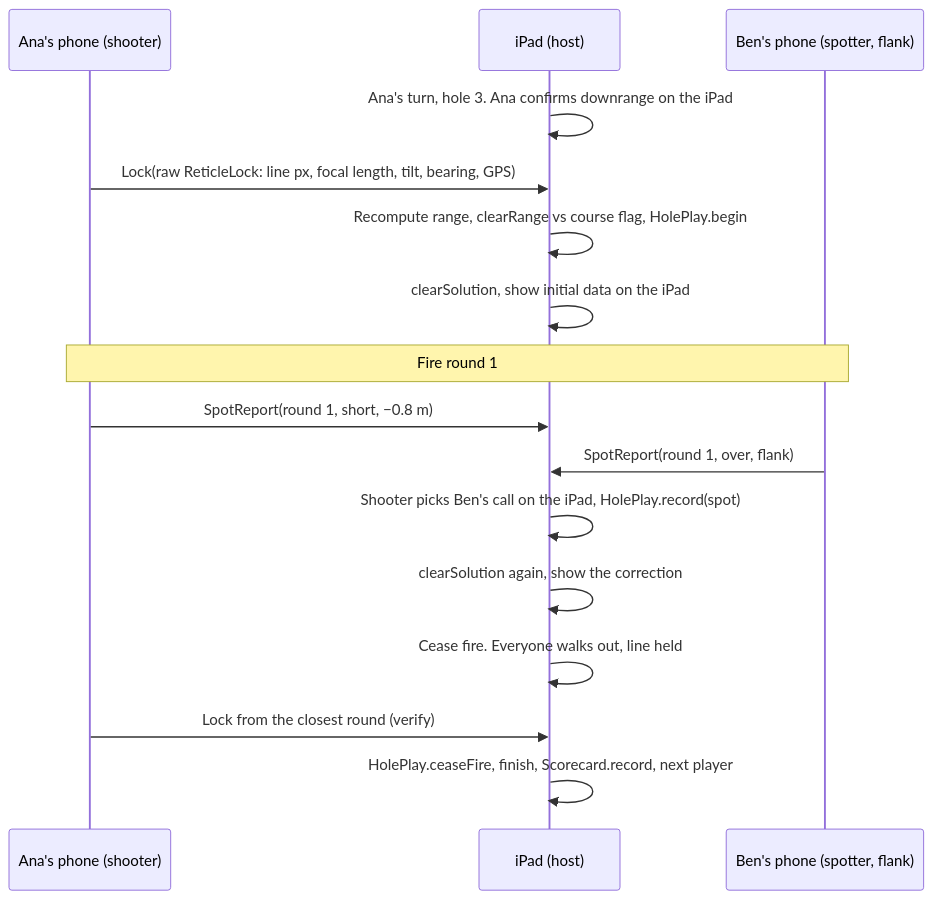
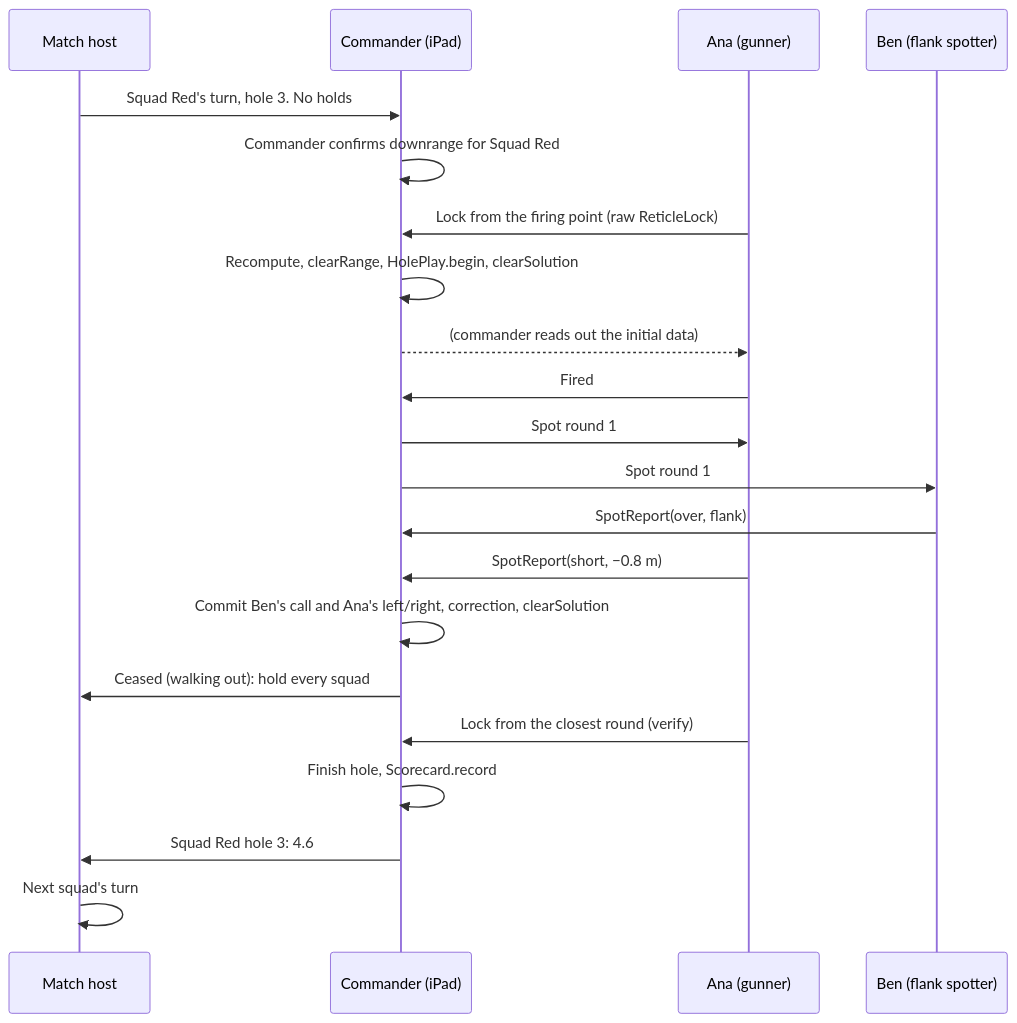
The diagram in docs/GROUP_PLAY.md (zacharyelston/BackyardBallistics), drawn with Mermaid before and after one commit. The commit also changed other lines of this file and 1 other file, not shown here.

Commit message:
Squadz mode: squads as players, commander iPad with a field map, optional Mac render host

````diff
--- a/docs/GROUP_PLAY.md
+++ b/docs/GROUP_PLAY.md
@@ -51,18 +49,23 @@
 ```mermaid
 sequenceDiagram
-  participant Ana as Ana's phone (shooter)
-  participant H as iPad (host)
-  participant Ben as Ben's phone (spotter, flank)
-  H->>H: Ana's turn, hole 3. Ana confirms downrange on the iPad
-  Ana->>H: Lock(raw ReticleLock: line px, focal length, tilt, bearing, GPS)
-  H->>H: Recompute range, clearRange vs course flag, HolePlay.begin
-  H->>H: clearSolution, show initial data on the iPad
-  Note over Ana,Ben: Fire round 1
-  Ana->>H: SpotReport(round 1, short, −0.8 m)
-  Ben->>H: SpotReport(round 1, over, flank)
-  H->>H: Shooter picks Ben's call on the iPad, HolePlay.record(spot)
-  H->>H: clearSolution again, show the correction
-  H->>H: Cease fire. Everyone walks out, line held
-  Ana->>H: Lock from the closest round (verify)
-  H->>H: HolePlay.ceaseFire, finish, Scorecard.record, next player
+  participant M as Match host
+  participant C as Commander (iPad)
+  participant A as Ana (gunner)
+  participant B as Ben (flank spotter)
+  M->>C: Squad Red's turn, hole 3. No holds
+  C->>C: Commander confirms downrange for Squad Red
+  A->>C: Lock from the firing point (raw ReticleLock)
+  C->>C: Recompute, clearRange, HolePlay.begin, clearSolution
+  C-->>A: (commander reads out the initial data)
+  A->>C: Fired
+  C->>A: Spot round 1
+  C->>B: Spot round 1
+  B->>C: SpotReport(over, flank)
+  A->>C: SpotReport(short, −0.8 m)
+  C->>C: Commit Ben's call and Ana's left/right, correction, clearSolution
+  C->>M: Ceased (walking out): hold every squad
+  A->>C: Lock from the closest round (verify)
+  C->>C: Finish hole, Scorecard.record
+  C->>M: Squad Red hole 3: 4.6
+  M->>M: Next squad's turn
 ```
````
